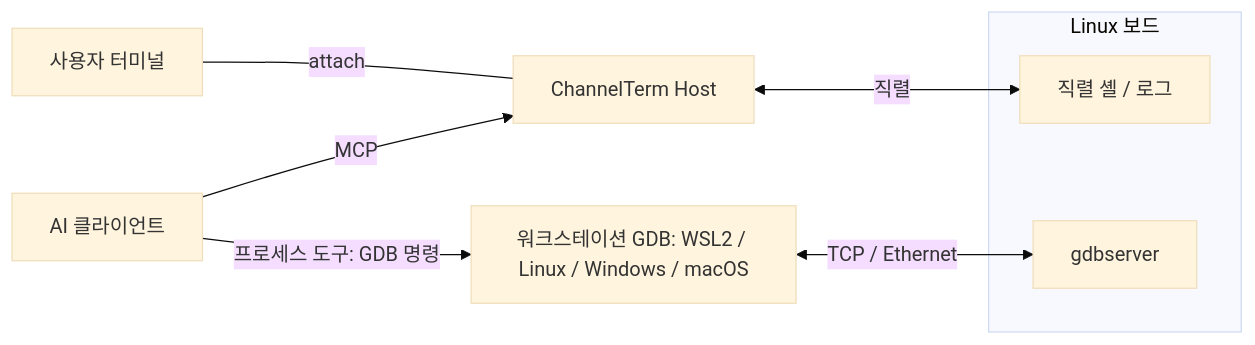
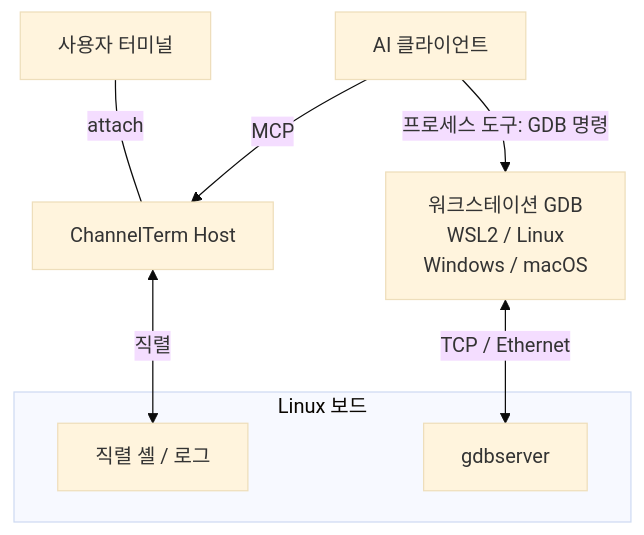
One commit to akira-init1/ChannelTerm changed the third of 3 diagrams in README.ko.md. Above: the diagram before and after it, drawn with Mermaid (base theme). The commit also changed other lines of this file and 13 other files, not shown here.

First line of the commit message:
docs(diagrams): clarify shared terminal and debugger data flows

````diff
--- a/README.ko.md
+++ b/README.ko.md
@@ -296,16 +300,16 @@
 ```mermaid
-flowchart LR
+flowchart TB
     AI["AI 클라이언트"]
     Human["사용자 터미널"]
     Host["ChannelTerm Host"]
-    GDB["워크스테이션 GDB: WSL2 / Linux / Windows / macOS"]
+    GDB["워크스테이션 GDB<br/>WSL2 / Linux<br/>Windows / macOS"]
     subgraph Board["Linux 보드"]
         Console["직렬 셸 / 로그"]
         Server["gdbserver"]
     end
     Human ---|"attach"| Host
     AI -->|"MCP"| Host
     AI -->|"프로세스 도구: GDB 명령"| GDB
     Host <-->|"직렬"| Console
     GDB <-->|"TCP / Ethernet"| Server
 ```
````
